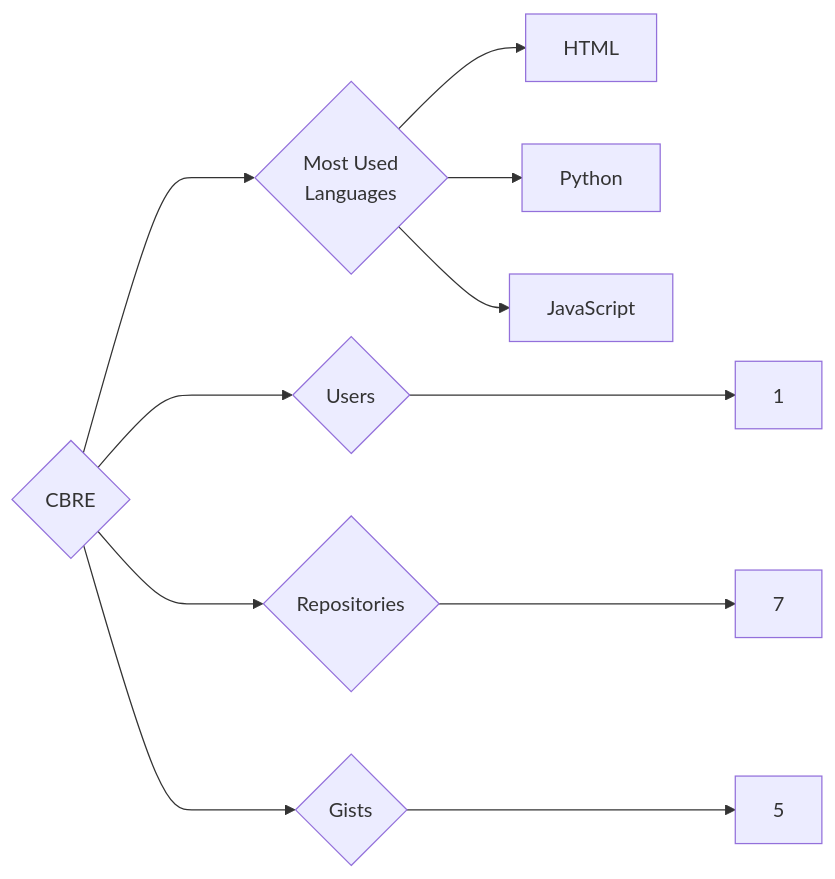
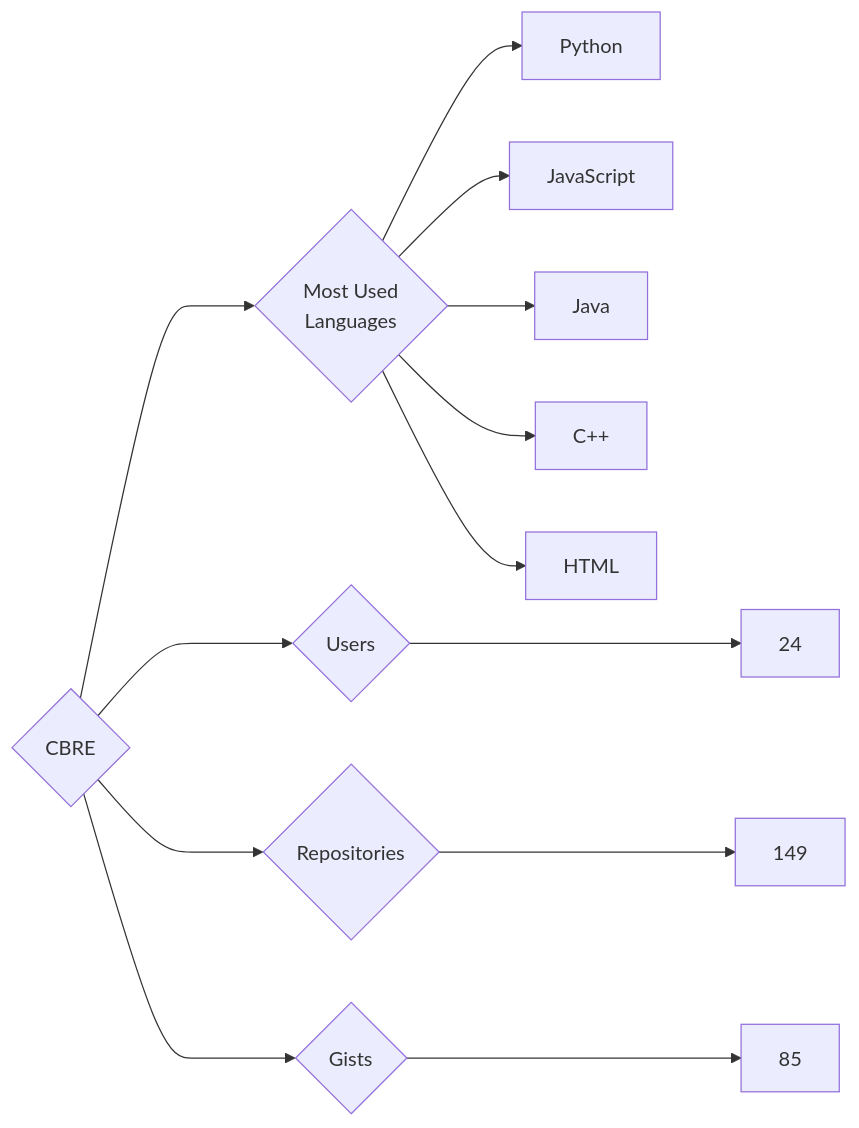
Before and after one commit to trickest/insiders: the diagram in targets/CBRE/README.md, drawn with Mermaid. The commit also changed 912 other files, not shown here.

````diff
--- a/targets/CBRE/README.md
+++ b/targets/CBRE/README.md
@@ -3,11 +3,13 @@
 ```mermaid
 graph LR
 COMPANY_NAME{CBRE}
-COMPANY_NAME ---> U{Users} ---> UN[1]
-COMPANY_NAME ---> R{Repositories} ---> RN[7]
-COMPANY_NAME ---> G{Gists} ---> GN[5]
+COMPANY_NAME ---> U{Users} ---> UN[24]
+COMPANY_NAME ---> R{Repositories} ---> RN[149]
+COMPANY_NAME ---> G{Gists} ---> GN[85]
 COMPANY_NAME ---> ML{Most Used<br>Languages}
-ML --> HTML[HTML]
 ML --> Python[Python]
 ML --> JavaScript[JavaScript]
+ML --> Java[Java]
+ML --> C++[C++]
+ML --> HTML[HTML]
 ```
````
